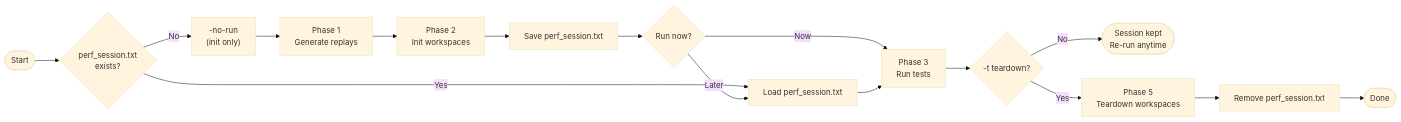
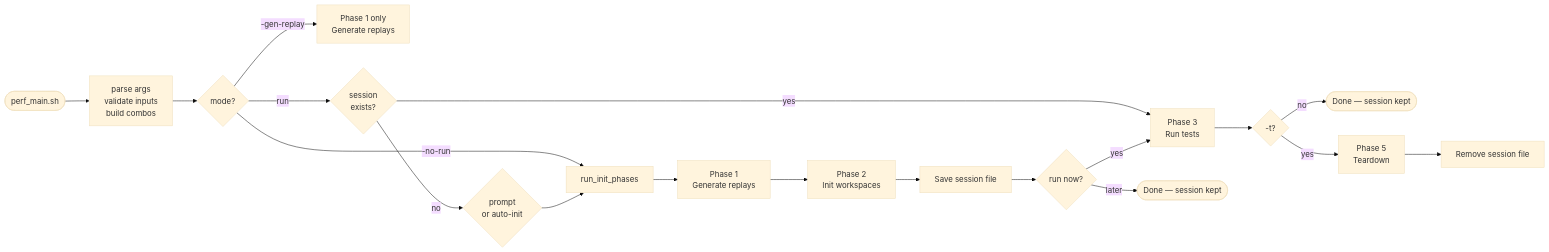
One commit to hyungreal2/regression_test_framework changed the diagram in IMPROVEMENTS_PERF.md. Above: the diagram before and after it, drawn with Mermaid (base theme). The commit also changed other lines of this file and 5 other files, not shown here.

````diff
--- a/IMPROVEMENTS_PERF.md
+++ b/IMPROVEMENTS_PERF.md
@@ -49,22 +73,25 @@
 ```mermaid
 flowchart LR
-    A([Start]) --> B{perf_session.txt\nexists?}
+    A([perf_main.sh]) --> B[parse args\nvalidate inputs\nbuild combos]
+    B --> C{mode?}
 
-    B -- No --> C["-no-run\n(init only)"]
-    C --> P1[Phase 1\nGenerate replays]
-    P1 --> P2[Phase 2\nInit workspaces]
-    P2 --> SF[Save perf_session.txt]
-    SF --> RUN?{Run now?}
+    C -- "-gen-replay" --> P1[Phase 1 only\nGenerate replays]
+    C -- "-no-run" --> D[run_init_phases]
+    D --> P1b[Phase 1\nGenerate replays]
+    P1b --> P2[Phase 2\nInit workspaces]
+    P2 --> SF[Save session file]
 
-    B -- Yes --> LOAD[Load perf_session.txt]
-    RUN? -- Later --> LOAD
+    C -- "run" --> LOAD{session\nexists?}
+    LOAD -- yes --> P3[Phase 3\nRun tests]
+    LOAD -- no --> PROMPT{prompt\nor auto-init}
+    PROMPT --> D
 
-    RUN? -- Now --> P3
-    LOAD --> P3[Phase 3\nRun tests]
+    SF --> RUN?{run now?}
+    RUN? -- yes --> P3
+    RUN? -- later --> DONE1([Done — session kept])
 
-    P3 --> TD?{-t teardown?}
-    TD? -- No --> KEEP([Session kept\nRe-run anytime])
-    TD? -- Yes --> P5[Phase 5\nTeardown workspaces]
-    P5 --> RM[Remove perf_session.txt]
-    RM --> DONE([Done])
+    P3 --> TD?{-t?}
+    TD? -- no --> DONE2([Done — session kept])
+    TD? -- yes --> P5[Phase 5\nTeardown]
+    P5 --> RM[Remove session file]
 ```
````
